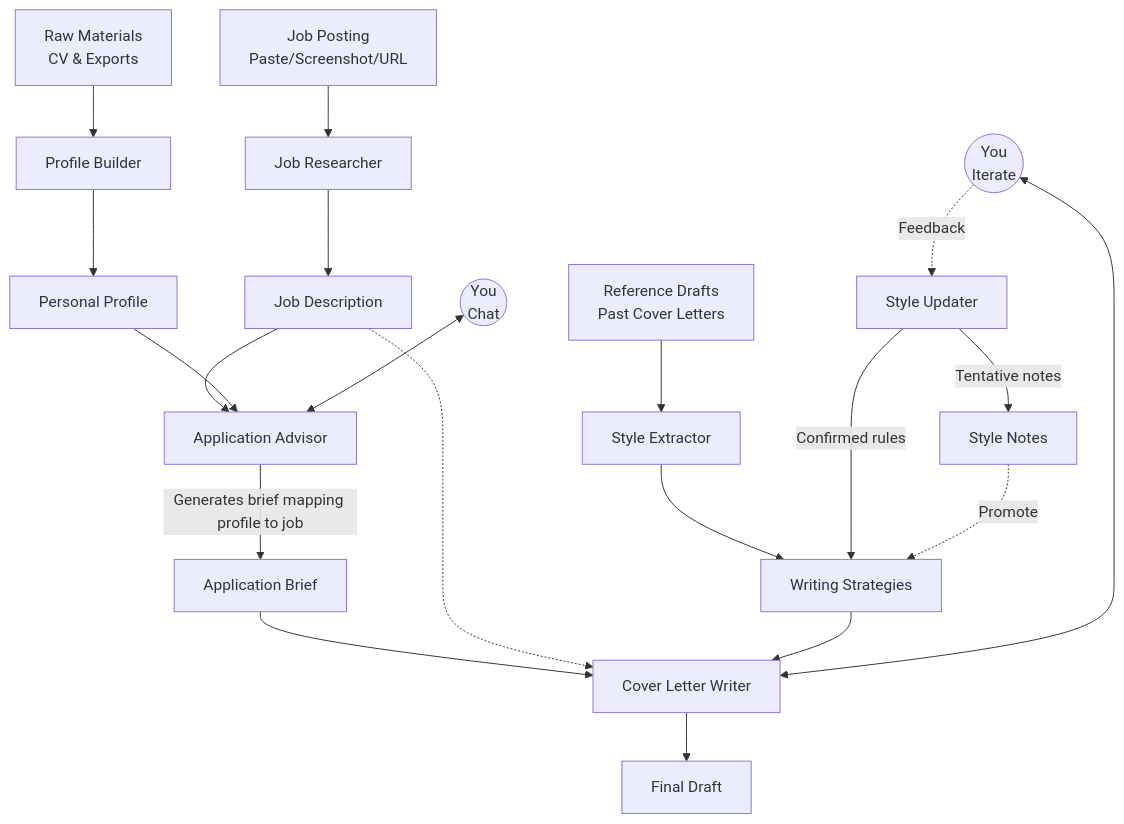
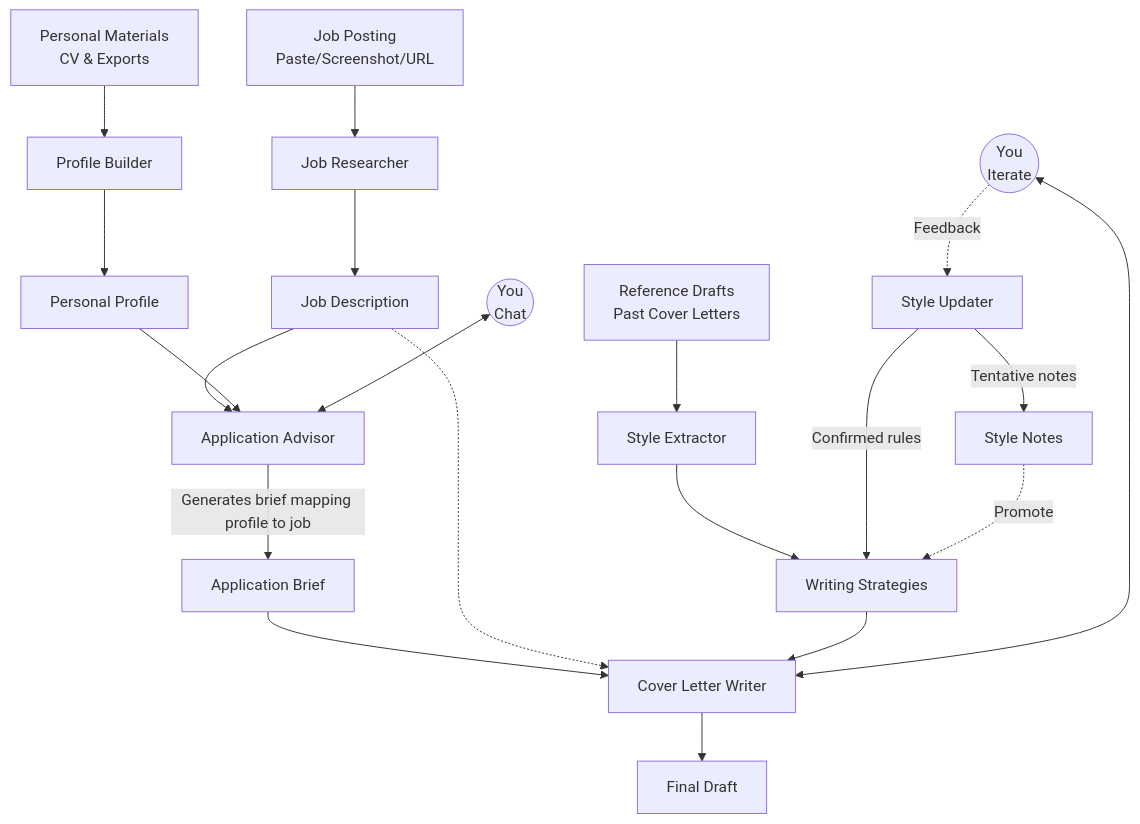
One commit to Fandy-ust/cover-letter-assistant changed the first of 2 diagrams in README.md. Above: the diagram before and after it, drawn with Mermaid. The commit also changed other lines of this file and 20 other files, not shown here.

First line of the commit message:
Reorganize raw materials and document folder usage.

````diff
--- a/README.md
+++ b/README.md
@@ -13,32 +13,32 @@
 ```mermaid
 flowchart TD
     %% One-time setup
-    Raw["Raw Materials<br>CV & Exports"] --> PB[Profile Builder]
+    Personal["Personal Materials<br>CV & Exports"] --> PB[Profile Builder]
     PB --> Profile[Personal Profile]
 
     Refs["Reference Drafts<br>Past Cover Letters"] --> Extractor[Style Extractor]
     Extractor --> StyleHard[Writing Strategies]
     
     %% Job input & research
     JobInput["Job Posting<br>Paste/Screenshot/URL"] --> JR[Job Researcher]
     JR --> JD[Job Description]
 
     %% Advisor Phase
     JD --> AA[Application Advisor]
     Profile --> AA
     UserAdvisor(("You<br>Chat")) <--> AA
     AA -->|"Generates brief mapping profile to job"| Brief[Application Brief]
     
     %% Writer Phase
     Brief --> CW[Cover Letter Writer]
     JD -.-> CW
     StyleHard --> CW
     UserWriter(("You<br>Iterate")) <--> CW
     CW --> Draft[Final Draft]
 
     %% Style Feedback Loop
     UserWriter -.->|"Feedback"| SU[Style Updater]
     SU -->|"Confirmed rules"| StyleHard
     SU -->|"Tentative notes"| StyleSoft[Style Notes]
     StyleSoft -.->|"Promote"| StyleHard
 ```
````
